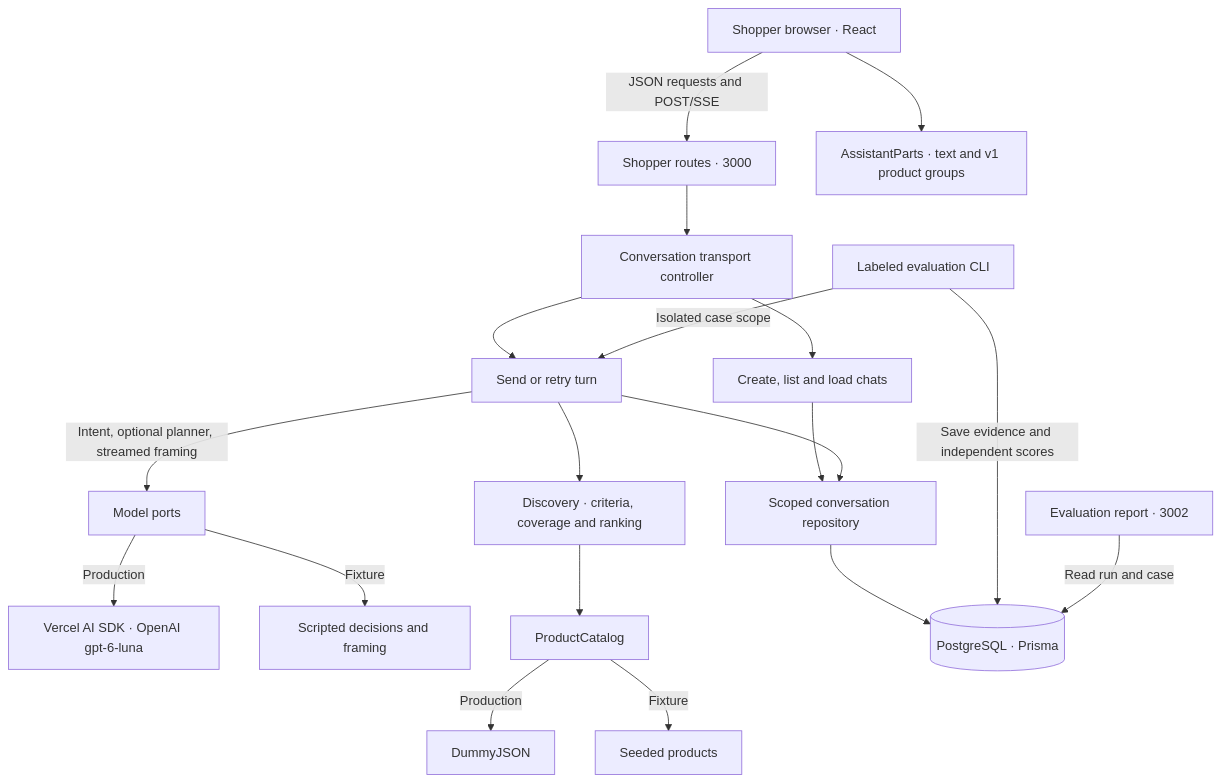
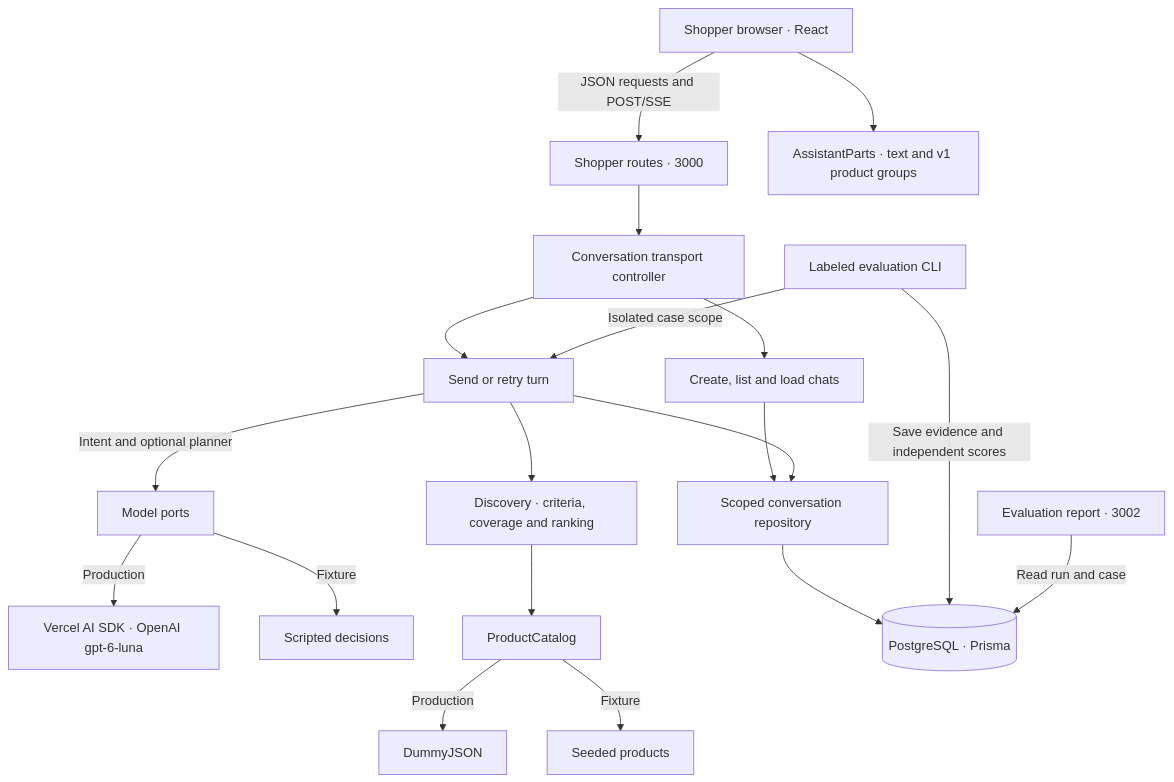
Before and after one commit to rosneri/bazak: the first of 10 diagrams in docs/architecture.md, drawn with Mermaid. The commit also changed other lines of this file and 30 other files, not shown here.

````diff
--- a/docs/architecture.md
+++ b/docs/architecture.md
@@ -9,21 +9,21 @@
 ```mermaid
 flowchart TB
   ui["Shopper browser · React"] -->|"JSON requests and POST/SSE"| route["Shopper routes · 3000"]
   route --> controller["Conversation transport controller"]
   controller --> management["Create, list and load chats"]
   controller --> turns["Send or retry turn"]
-  turns -->|"Intent, optional planner, streamed framing"| model["Model ports"]
+  turns -->|"Intent and optional planner"| model["Model ports"]
   model -->|"Production"| sdk["Vercel AI SDK · OpenAI gpt-6-luna"]
-  model -->|"Fixture"| script["Scripted decisions and framing"]
+  model -->|"Fixture"| script["Scripted decisions"]
   turns --> discovery["Discovery · criteria, coverage and ranking"]
   discovery --> catalog["ProductCatalog"]
   catalog -->|"Production"| dummy["DummyJSON"]
   catalog -->|"Fixture"| seed["Seeded products"]
   management --> repo["Scoped conversation repository"]
   turns --> repo
   repo --> db[("PostgreSQL · Prisma")]
   cli["Labeled evaluation CLI"] -->|"Isolated case scope"| turns
   cli -->|"Save evidence and independent scores"| db
   dashboard["Evaluation report · 3002"] -->|"Read run and case"| db
   ui --> cards["AssistantParts · text and v1 product groups"]
 ```
````
